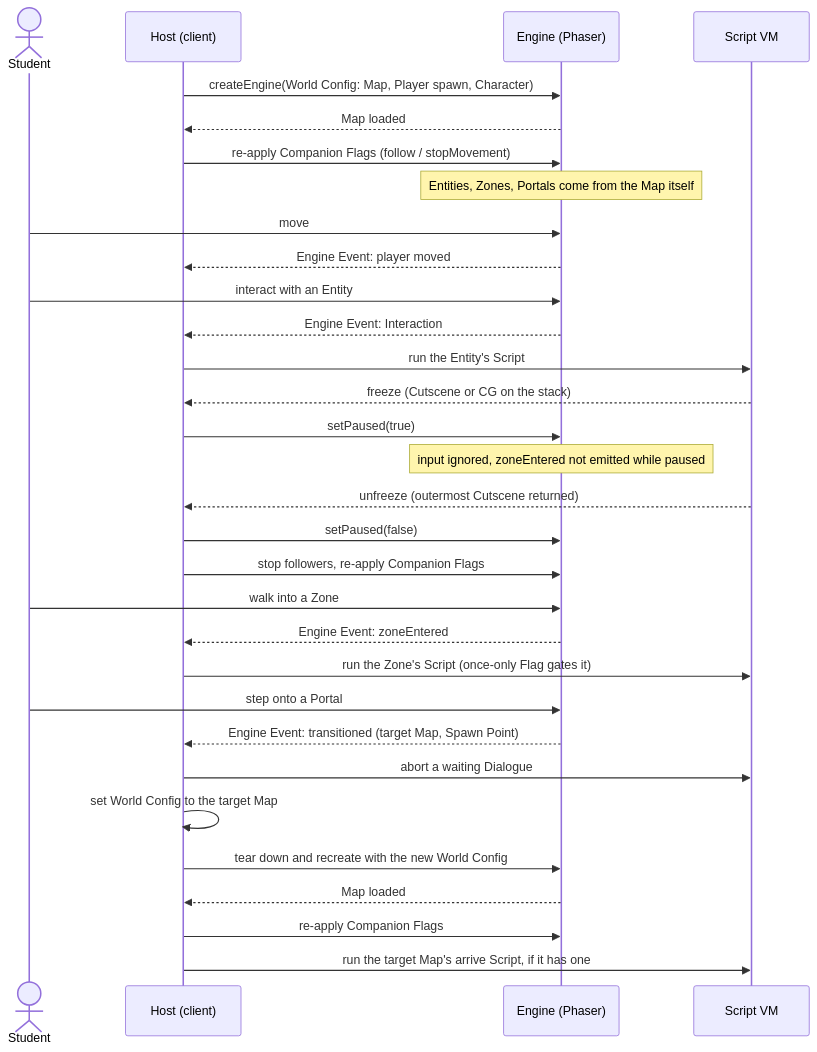
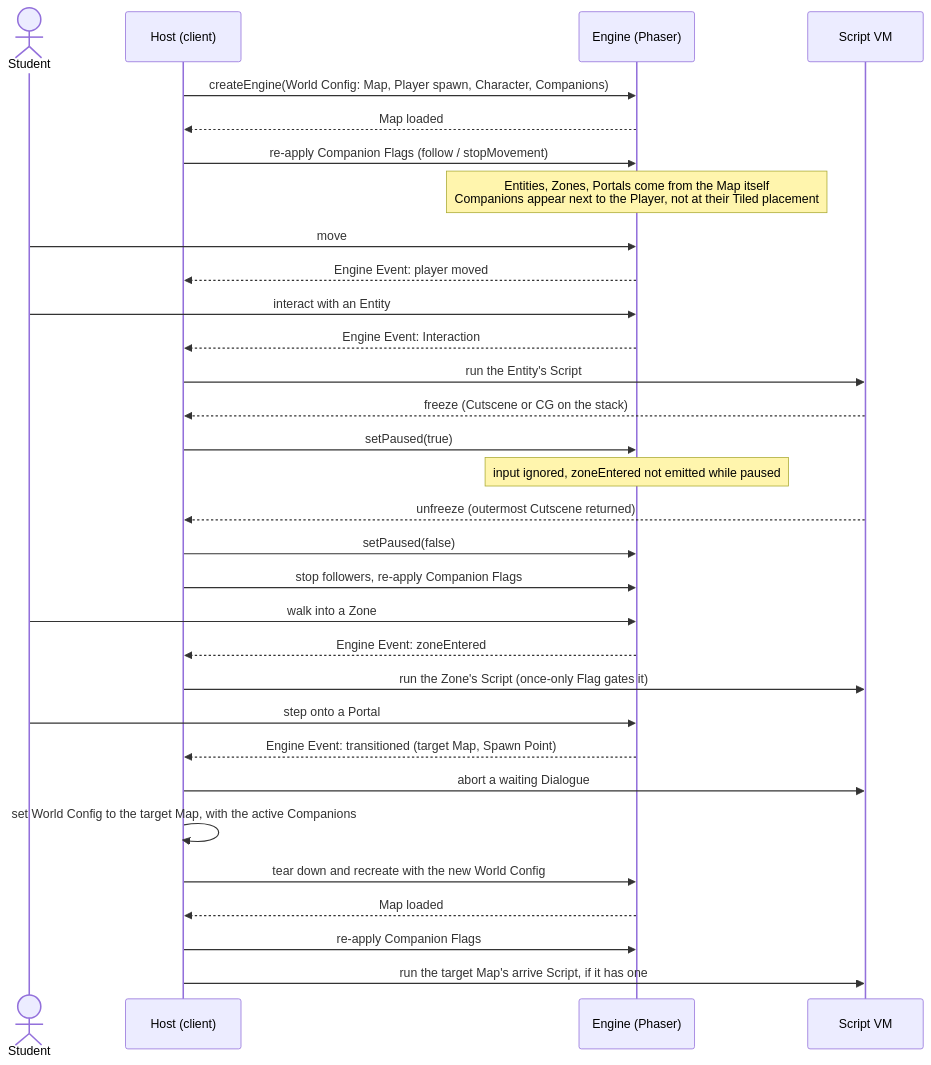
Before and after one commit to Palmkonde/rpg-webbase: the diagram in docs/mermaid/host-engine-runtime.md, drawn with Mermaid. The commit also changed 4 other files, not shown here.

First line of the commit message:
docs: Companions come along to every Map

````diff
--- a/docs/mermaid/host-engine-runtime.md
+++ b/docs/mermaid/host-engine-runtime.md
@@ -1,37 +1,37 @@
 ```mermaid
 sequenceDiagram
   actor Student
   participant Host as Host (client)
   participant Engine as Engine (Phaser)
   participant VM as Script VM
 
-  Host->>Engine: createEngine(World Config: Map, Player spawn, Character)
+  Host->>Engine: createEngine(World Config: Map, Player spawn, Character, Companions)
   Engine-->>Host: Map loaded
   Host->>Engine: re-apply Companion Flags (follow / stopMovement)
-  Note over Engine: Entities, Zones, Portals come from the Map itself
+  Note over Engine: Entities, Zones, Portals come from the Map itself<br/>Companions appear next to the Player, not at their Tiled placement
 
   Student->>Engine: move
   Engine-->>Host: Engine Event: player moved
   Student->>Engine: interact with an Entity
   Engine-->>Host: Engine Event: Interaction
   Host->>VM: run the Entity's Script
   VM-->>Host: freeze (Cutscene or CG on the stack)
   Host->>Engine: setPaused(true)
   Note over Engine: input ignored, zoneEntered not emitted while paused
   VM-->>Host: unfreeze (outermost Cutscene returned)
   Host->>Engine: setPaused(false)
   Host->>Engine: stop followers, re-apply Companion Flags
 
   Student->>Engine: walk into a Zone
   Engine-->>Host: Engine Event: zoneEntered
   Host->>VM: run the Zone's Script (once-only Flag gates it)
 
   Student->>Engine: step onto a Portal
   Engine-->>Host: Engine Event: transitioned (target Map, Spawn Point)
   Host->>VM: abort a waiting Dialogue
-  Host->>Host: set World Config to the target Map
+  Host->>Host: set World Config to the target Map, with the active Companions
   Host->>Engine: tear down and recreate with the new World Config
   Engine-->>Host: Map loaded
   Host->>Engine: re-apply Companion Flags
   Host->>VM: run the target Map's arrive Script, if it has one
 ```
````
